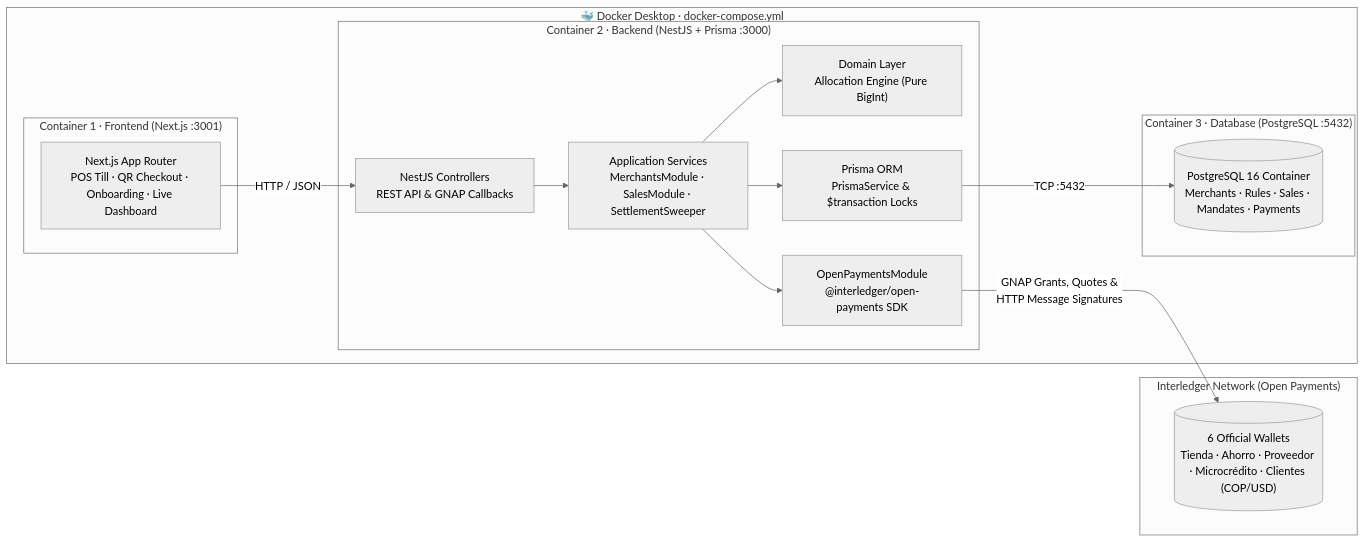
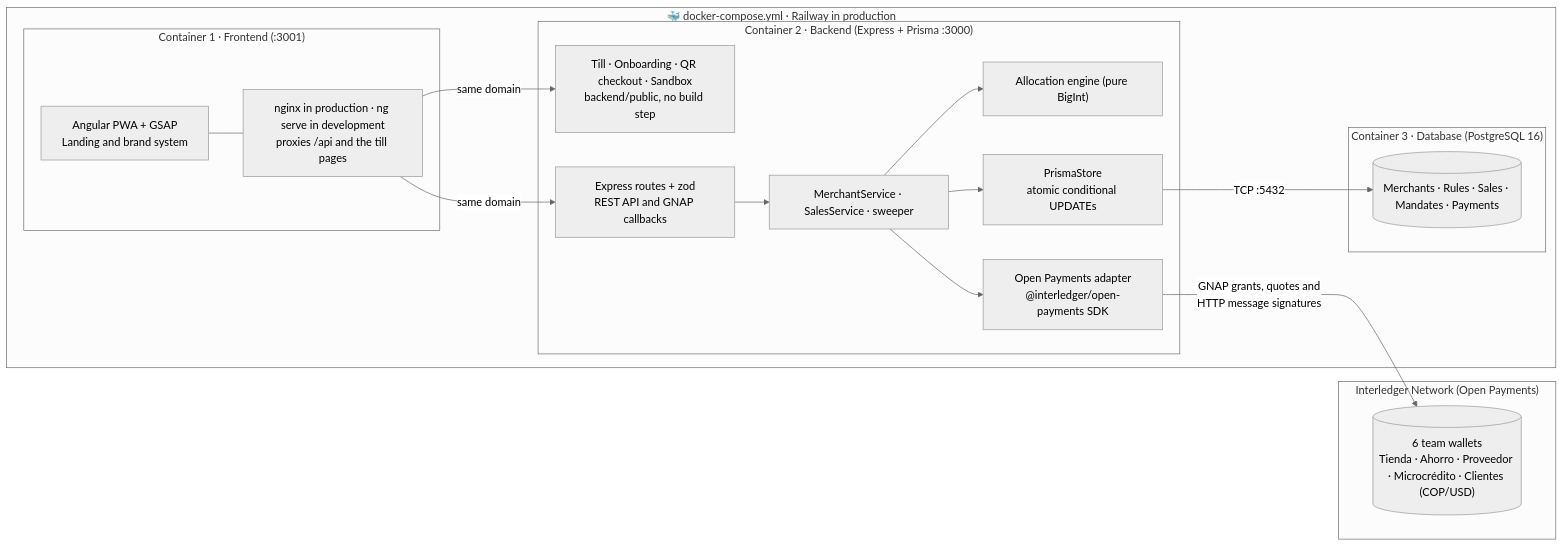
One commit to JuanMCanchala/interledger_hackathon changed the diagram in README.md. Above: the diagram before and after it, drawn with Mermaid (neutral theme). The commit also changed other lines of this file and 8 other files, not shown here.

First line of the commit message:
docs: describe the Angular frontend and the Express backend as shipped

````diff
--- a/README.md
+++ b/README.md
@@ -67,32 +67,36 @@
 ```mermaid
 flowchart LR
-  subgraph Docker["🐳 Docker Desktop · docker-compose.yml"]
-    subgraph Front["Container 1 · Frontend (Next.js :3001)"]
-      web["Next.js App Router<br/>POS Till · QR Checkout · Onboarding · Live Dashboard"]
+  subgraph Docker["🐳 docker-compose.yml · Railway in production"]
+    subgraph Front["Container 1 · Frontend (:3001)"]
+      web["Angular PWA + GSAP<br/>Landing and brand system"]
+      proxy["nginx in production · ng serve in development<br/>proxies /api and the till pages"]
     end
 
-    subgraph Back["Container 2 · Backend (NestJS + Prisma :3000)"]
-      controllers["NestJS Controllers<br/>REST API & GNAP Callbacks"]
-      services["Application Services<br/>MerchantsModule · SalesModule · SettlementSweeper"]
-      domain["Domain Layer<br/>Allocation Engine (Pure BigInt)"]
-      op["OpenPaymentsModule<br/>@interledger/open-payments SDK"]
-      prisma["Prisma ORM<br/>PrismaService & $transaction Locks"]
+    subgraph Back["Container 2 · Backend (Express + Prisma :3000)"]
+      pages["Till · Onboarding · QR checkout · Sandbox<br/>backend/public, no build step"]
+      routes["Express routes + zod<br/>REST API and GNAP callbacks"]
+      services["MerchantService · SalesService · sweeper"]
+      domain["Allocation engine (pure BigInt)"]
+      op["Open Payments adapter<br/>@interledger/open-payments SDK"]
+      store["PrismaStore<br/>atomic conditional UPDATEs"]
     end
 
-    subgraph DB["Container 3 · Database (PostgreSQL :5432)"]
-      pg[("PostgreSQL 16 Container<br/>Merchants · Rules · Sales · Mandates · Payments")]
+    subgraph DB["Container 3 · Database (PostgreSQL 16)"]
+      pg[("Merchants · Rules · Sales · Mandates · Payments")]
     end
   end
 
   subgraph ILP["Interledger Network (Open Payments)"]
-    wallets[("6 Official Wallets<br/>Tienda · Ahorro · Proveedor · Microcrédito · Clientes (COP/USD)")]
+    wallets[("6 team wallets<br/>Tienda · Ahorro · Proveedor · Microcrédito · Clientes (COP/USD)")]
   end
 
-  web -- "HTTP / JSON" --> controllers
-  controllers --> services
+  web --- proxy
+  proxy -- "same domain" --> routes
+  proxy -- "same domain" --> pages
+  routes --> services
   services --> domain
   services --> op
-  services --> prisma
-  prisma -- "TCP :5432" --> pg
-  op -- "GNAP Grants, Quotes &<br/>HTTP Message Signatures" --> wallets
+  services --> store
+  store -- "TCP :5432" --> pg
+  op -- "GNAP grants, quotes and<br/>HTTP message signatures" --> wallets
 ```
````
